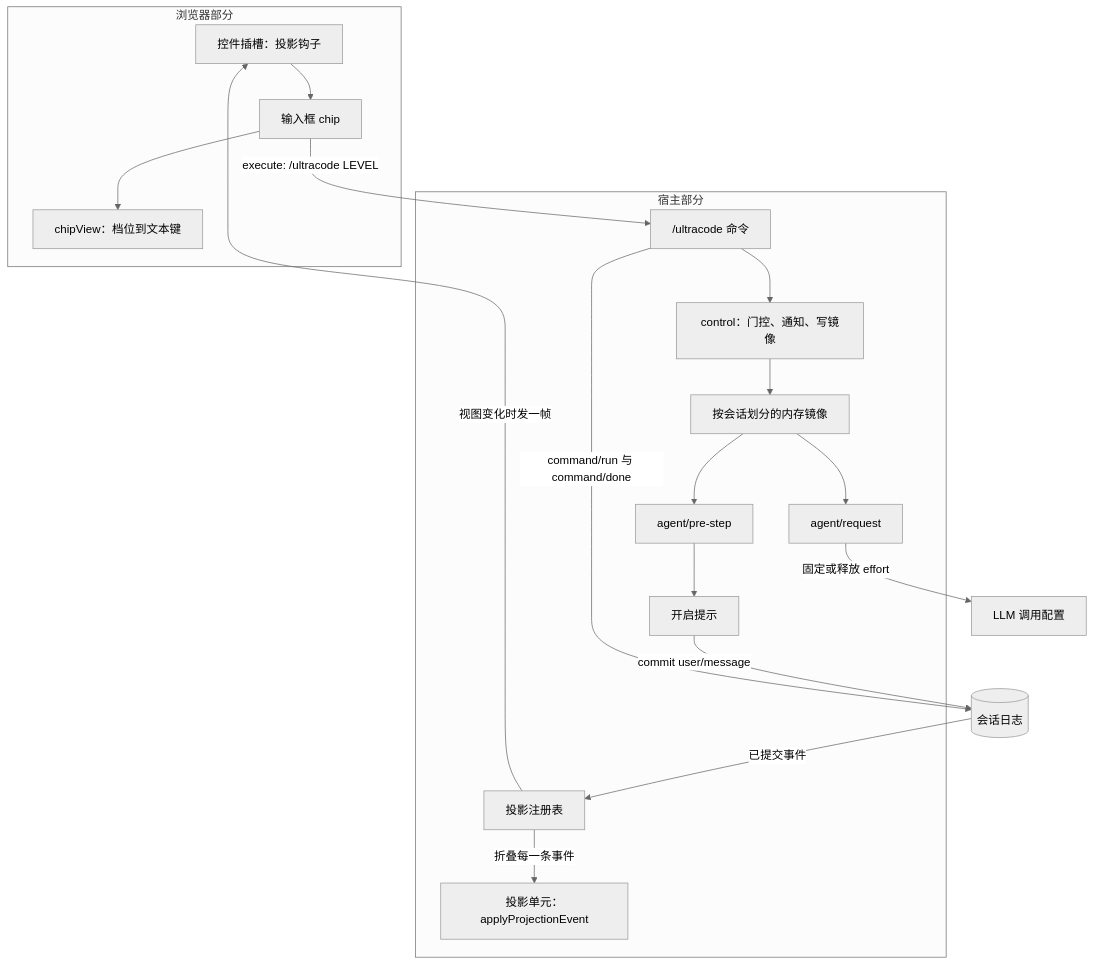
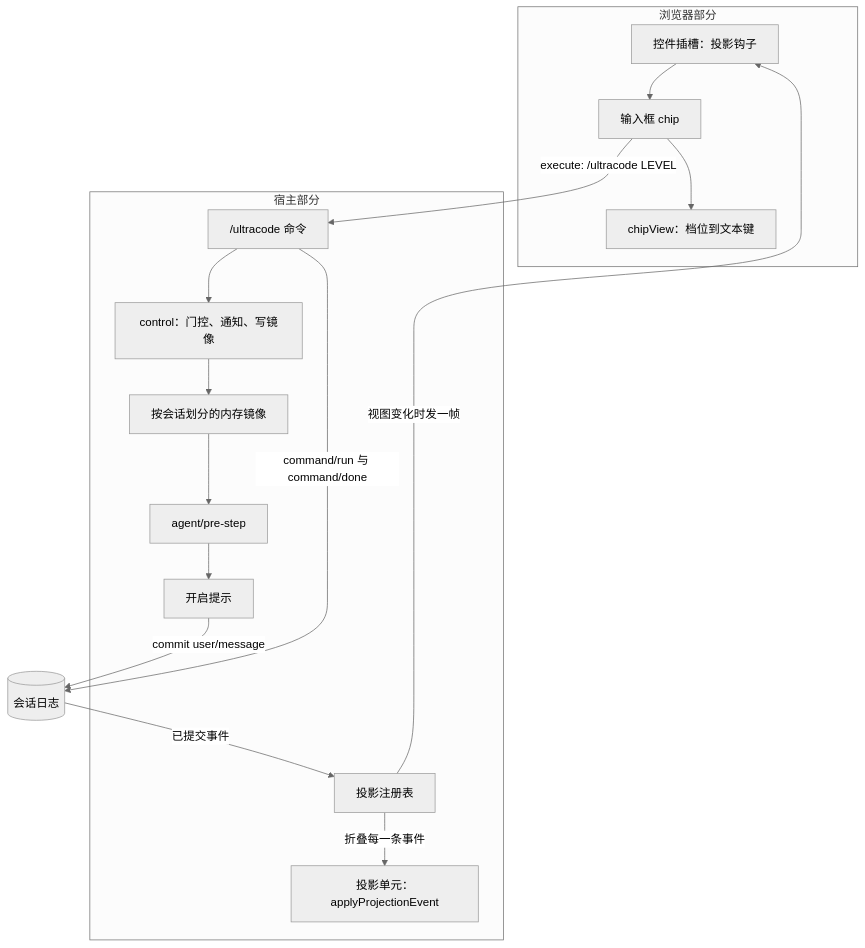
Before and after one commit to Dessera/dsh-ultracode: the diagram in docs/architecture.zh.md, drawn with Mermaid (neutral theme). The commit also changed other lines of this file and 16 other files, not shown here.

````diff
--- a/docs/architecture.zh.md
+++ b/docs/architecture.zh.md
@@ -175,37 +154,33 @@
 ```mermaid
 flowchart TB
     subgraph browser[浏览器部分]
         seat["控件插槽：投影钩子"]
         chip[输入框 chip]
         view["chipView：档位到文本键"]
         seat --> chip
         chip --> view
     end
 
     subgraph host[宿主部分]
         command["/ultracode 命令"]
         control["control：门控、通知、写镜像"]
         mirror["按会话划分的内存镜像"]
         prestep["agent/pre-step"]
-        request["agent/request"]
         banner["开启提示"]
         registry["投影注册表"]
         unit["投影单元：applyProjectionEvent"]
     end
 
     log[(会话日志)]
-    llmCall[LLM 调用配置]
 
     chip -- "execute: /ultracode LEVEL" --> command
     command --> control
     control --> mirror
     mirror --> prestep
-    mirror --> request
     prestep --> banner
     banner -- "commit user/message" --> log
     command -- "command/run 与 command/done" --> log
     log -- "已提交事件" --> registry
     registry -- "折叠每一条事件" --> unit
     registry -- "视图变化时发一帧" --> seat
-    request -- "固定或释放 effort" --> llmCall
 ```
````
